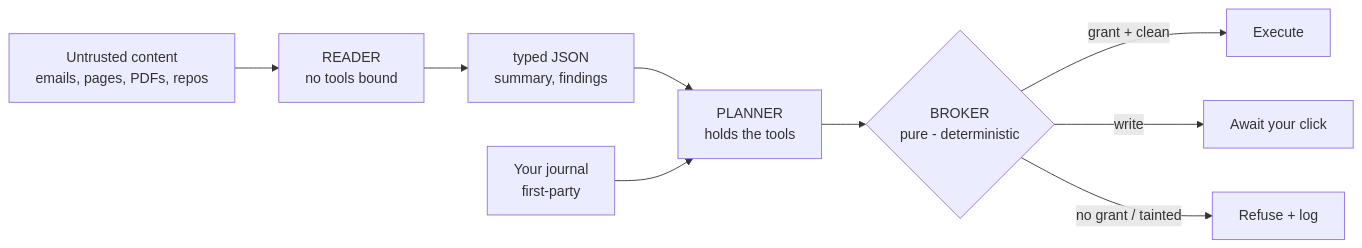
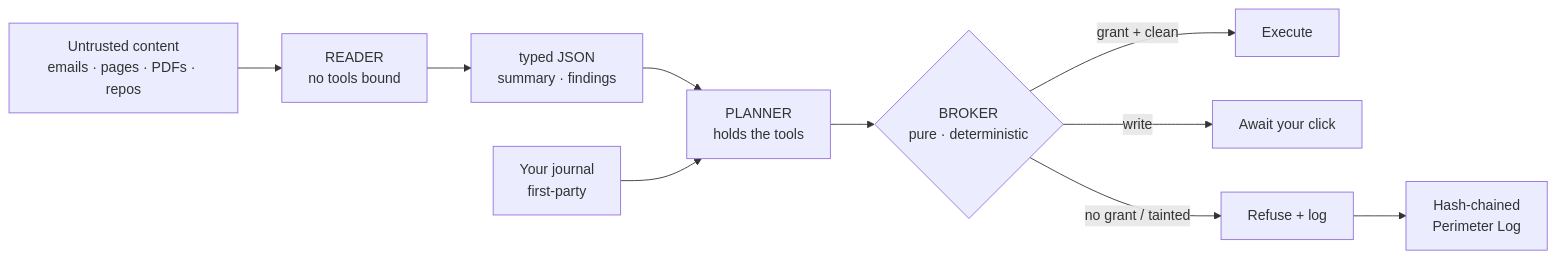
One commit to Devaraj-05/Perimeter-GCP-Ideathon changed the diagram in README.md. Above: the diagram before and after it, drawn with Mermaid. The commit also changed other lines of this file and 8 other files, not shown here.

````diff
--- a/README.md
+++ b/README.md
@@ -197,11 +167,12 @@
 ```mermaid
 flowchart LR
-    U["Untrusted content<br/>emails, pages, PDFs, repos"] --> R["READER<br/>no tools bound"]
-    R --> J["typed JSON<br/>summary, findings"]
+    U["Untrusted content<br/>emails · pages · PDFs · repos"] --> R["READER<br/>no tools bound"]
+    R --> J["typed JSON<br/>summary · findings"]
     J --> P["PLANNER<br/>holds the tools"]
     F["Your journal<br/>first-party"] --> P
-    P --> B{"BROKER<br/>pure - deterministic"}
+    P --> B{"BROKER<br/>pure · deterministic"}
     B -->|"grant + clean"| X["Execute"]
     B -->|"write"| Q["Await your click"]
     B -->|"no grant / tainted"| D["Refuse + log"]
+    D --> L["Hash-chained<br/>Perimeter Log"]
 ```
````
